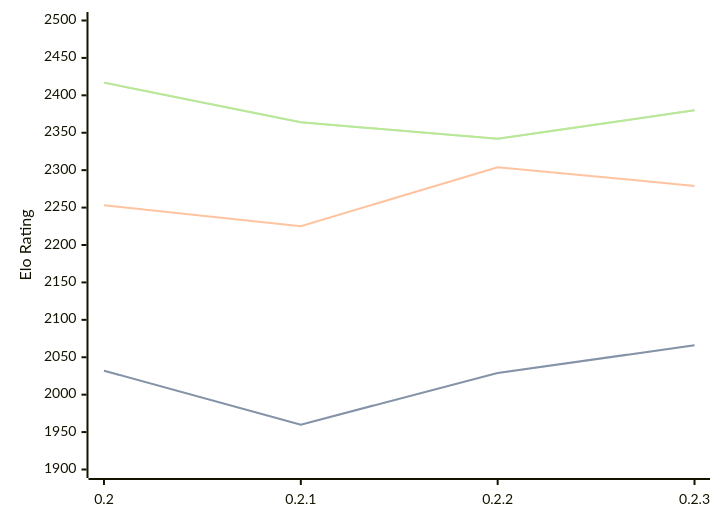
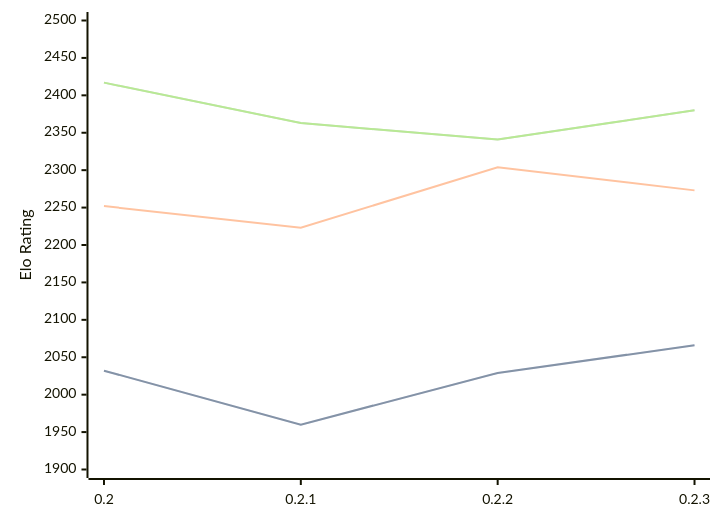
Before and after one commit to computer-chess-index/cci: the diagram in engines/Lolbot.md, drawn with Mermaid. The commit also changed other lines of this file, not shown here.

Commit message:
Update CCI Ratings (ELO VLTC) - 2026-03-17

````diff
--- a/engines/Lolbot.md
+++ b/engines/Lolbot.md
@@ -33,11 +33,11 @@
 ```mermaid
 %%{init: {"theme":"base","themeVariables":{"seriesColors:['#a3a3a3','#222221','#faa371']}}}%%
 xychart-beta
   x-axis ["0.2", "0.2.1", "0.2.2", "0.2.3"]
   y-axis "Elo Rating" 1900 --> 2500
   line "STC (8.0+0.08s)" [2032, 1960, 2029, 2066]
   line "STC (8.0+0.08s)" [2032, 1960, 2029, 2066]
-  line "LTC (60.0+0.60s)" [2253, 2225, 2304, 2279]
-  line "VLTC (2m24s+1.12s)" [2417, 2364, 2342, 2380]
-  line "VLTC (2m24s+1.12s)" [2417, 2364, 2342, 2380]
+  line "LTC (60.0+0.60s)" [2252, 2223, 2304, 2273]
+  line "VLTC (2m24s+1.12s)" [2417, 2363, 2341, 2380]
+  line "VLTC (2m24s+1.12s)" [2417, 2363, 2341, 2380]
 ```
````
